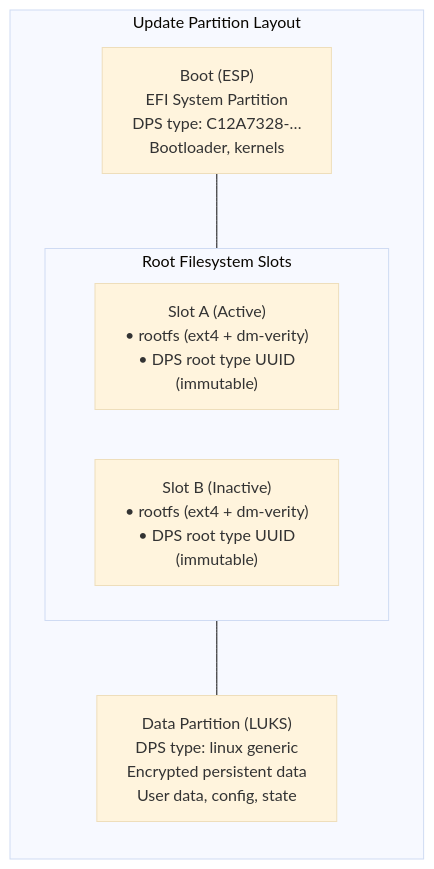
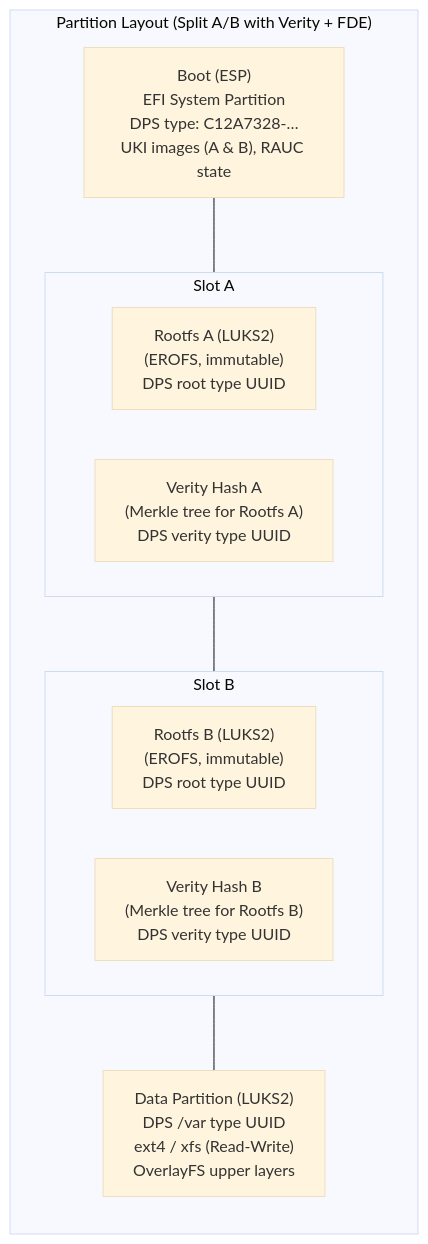
The eighth of 8 diagrams in docs/ARCHITECTURE.md (lamawithonel/lamadist), drawn with Mermaid (base theme) before and after one commit. The commit also changed other lines of this file and 4 other files, not shown here.

````diff
--- a/docs/ARCHITECTURE.md
+++ b/docs/ARCHITECTURE.md
@@ -640,13 +656,17 @@
 ```mermaid
 flowchart TD
-    subgraph layout["Update Partition Layout"]
+    subgraph layout["Partition Layout (Split A/B with Verity + FDE)"]
         direction TB
-        esp["Boot (ESP)\nEFI System Partition\nDPS type: C12A7328-…\nBootloader, kernels"]
-        subgraph slots["Root Filesystem Slots"]
-            slota["Slot A (Active)\n• rootfs (ext4 + dm-verity)\n• DPS root type UUID\n(immutable)"]
-            slotb["Slot B (Inactive)\n• rootfs (ext4 + dm-verity)\n• DPS root type UUID\n(immutable)"]
+        esp["Boot (ESP)\nEFI System Partition\nDPS type: C12A7328-…\nUKI images (A & B), RAUC state"]
+        subgraph slota["Slot A"]
+            rootfs_a["Rootfs A (LUKS2)\n(EROFS, immutable)\nDPS root type UUID"]
+            verity_a["Verity Hash A\n(Merkle tree for Rootfs A)\nDPS verity type UUID"]
         end
-        data["Data Partition (LUKS)\nDPS type: linux generic\nEncrypted persistent data\nUser data, config, state"]
+        subgraph slotb["Slot B"]
+            rootfs_b["Rootfs B (LUKS2)\n(EROFS, immutable)\nDPS root type UUID"]
+            verity_b["Verity Hash B\n(Merkle tree for Rootfs B)\nDPS verity type UUID"]
+        end
+        data["Data Partition (LUKS2)\nDPS /var type UUID\next4 / xfs (Read-Write)\nOverlayFS upper layers"]
     end
-    esp --- slots --- data
+    esp --- slota --- slotb --- data
 ```
````
